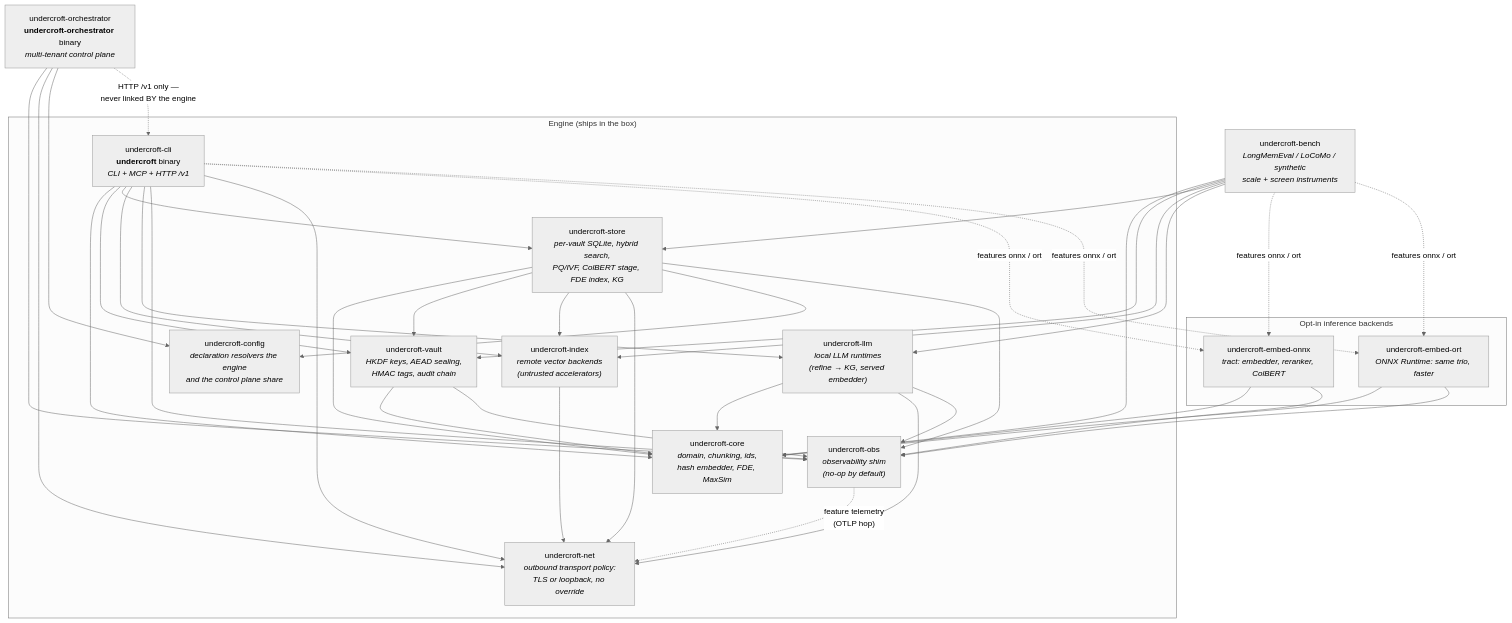
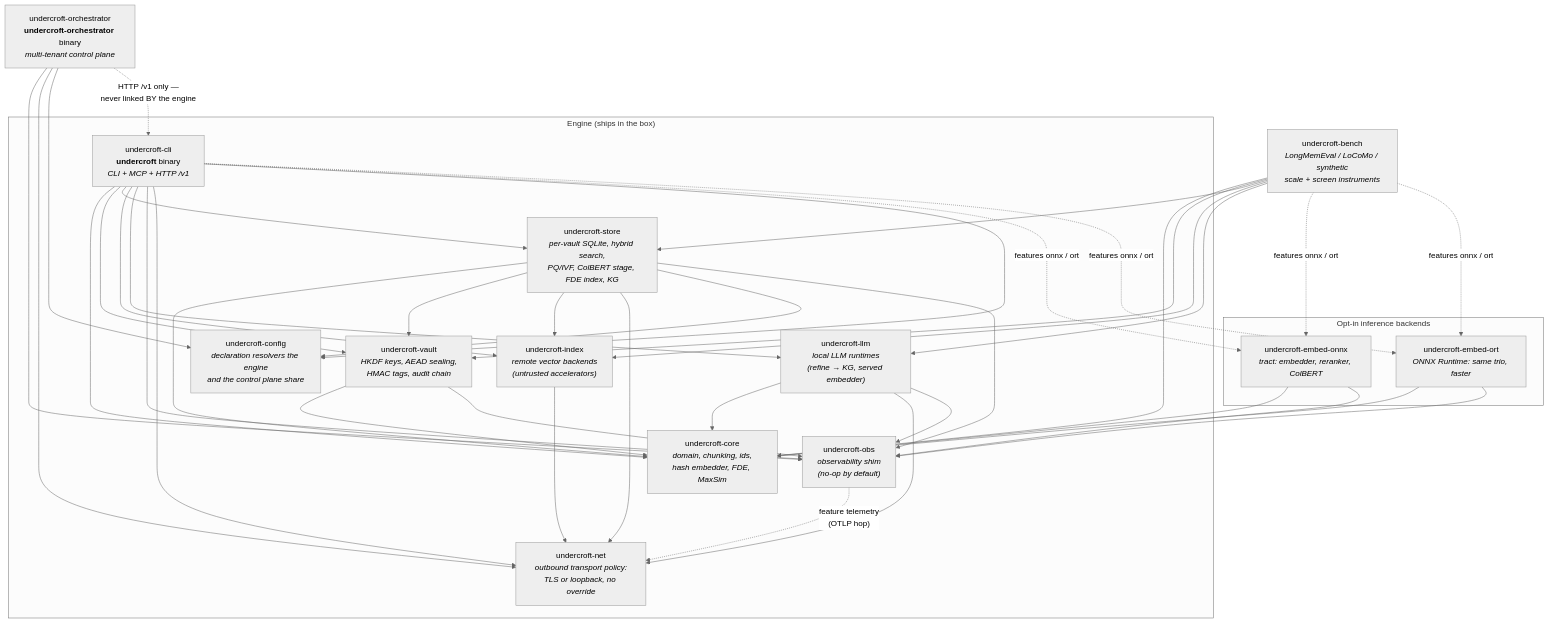
The first of 4 diagrams in docs/architecture.md (sealcroft/undercroft), drawn with Mermaid (neutral theme) before and after one commit. The commit also changed other lines of this file and 13 other files, not shown here.

````diff
--- a/docs/architecture.md
+++ b/docs/architecture.md
@@ -23,58 +23,59 @@
 ```mermaid
 flowchart TB
     subgraph engine["Engine (ships in the box)"]
         core["undercroft-core<br/><i>domain, chunking, ids,<br/>hash embedder, FDE, MaxSim</i>"]
         vault["undercroft-vault<br/><i>HKDF keys, AEAD sealing,<br/>HMAC tags, audit chain</i>"]
         store["undercroft-store<br/><i>per-vault SQLite, hybrid search,<br/>PQ/IVF, ColBERT stage, FDE index, KG</i>"]
         index["undercroft-index<br/><i>remote vector backends<br/>(untrusted accelerators)</i>"]
         llm["undercroft-llm<br/><i>local LLM runtimes<br/>(refine → KG, served embedder)</i>"]
         net["undercroft-net<br/><i>outbound transport policy:<br/>TLS or loopback, no override</i>"]
         config["undercroft-config<br/><i>declaration resolvers the engine<br/>and the control plane share</i>"]
         obs["undercroft-obs<br/><i>observability shim<br/>(no-op by default)</i>"]
         cli["undercroft-cli<br/><b>undercroft</b> binary<br/><i>CLI + MCP + HTTP /v1</i>"]
     end
     subgraph optional["Opt-in inference backends"]
         onnx["undercroft-embed-onnx<br/><i>tract: embedder, reranker, ColBERT</i>"]
         ort["undercroft-embed-ort<br/><i>ONNX Runtime: same trio, faster</i>"]
     end
     bench["undercroft-bench<br/><i>LongMemEval / LoCoMo / synthetic<br/>scale + screen instruments</i>"]
     orch["undercroft-orchestrator<br/><b>undercroft-orchestrator</b> binary<br/><i>multi-tenant control plane</i>"]
 
     vault --> core
     vault --> obs
     store --> core
     store --> vault
     store --> index
     store --> net
     store --> config
     store --> obs
     index --> net
     llm --> core
     llm --> net
     llm --> obs
     obs -. "feature telemetry<br/>(OTLP hop)" .-> net
     cli --> core
     cli --> vault
     cli --> store
     cli --> index
     cli --> llm
     cli --> obs
     cli --> net
+    cli --> config
     cli -. "features onnx / ort" .-> onnx
     cli -. "features onnx / ort" .-> ort
     onnx --> core
     onnx --> obs
     ort --> core
     ort --> obs
     bench --> core
     bench --> vault
     bench --> store
     bench --> index
     bench --> llm
     bench -. "features onnx / ort" .-> onnx
     bench -. "features onnx / ort" .-> ort
     orch --> obs
     orch --> net
     orch --> config
     orch -. "HTTP /v1 only —<br/>never linked BY the engine" .-> cli
 ```
````
